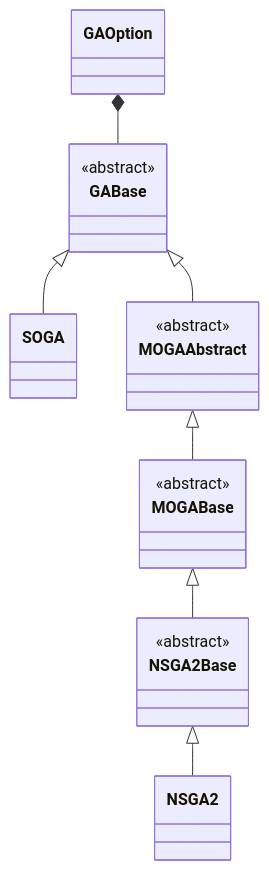
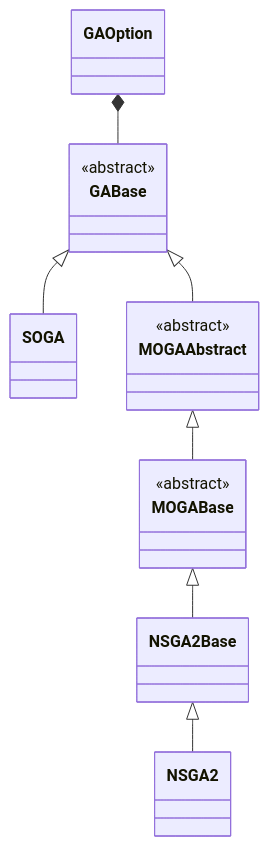
One commit to ToKiNoBug/HeuristicFlow changed the diagram in docs/Genetic.md. Above: the diagram before and after it, drawn with Mermaid. The commit also changed other lines of this file and 2 other files, not shown here.

Commit message:
documentation for NSGA2Base

````diff
--- a/docs/Genetic.md
+++ b/docs/Genetic.md
@@ -18,34 +18,33 @@
 ```mermaid
 classDiagram
 
 class GAOption 
 
 class GABase {
     <<abstract>>
 
 }
 
 class SOGA 
 
 class MOGAAbstract {
     <<abstract>>
 }
 
 class MOGABase {
     <<abstract>>
 }
 
-class NSGA2Base {
-    <<abstract>>
-}
+class NSGA2Base
+
 
 class NSGA2
 
 GAOption *-- GABase
 GABase <|-- SOGA
 GABase <|-- MOGAAbstract
 MOGAAbstract <|-- MOGABase
 MOGABase <|-- NSGA2Base
 NSGA2Base <|-- NSGA2
 
 ```
````
